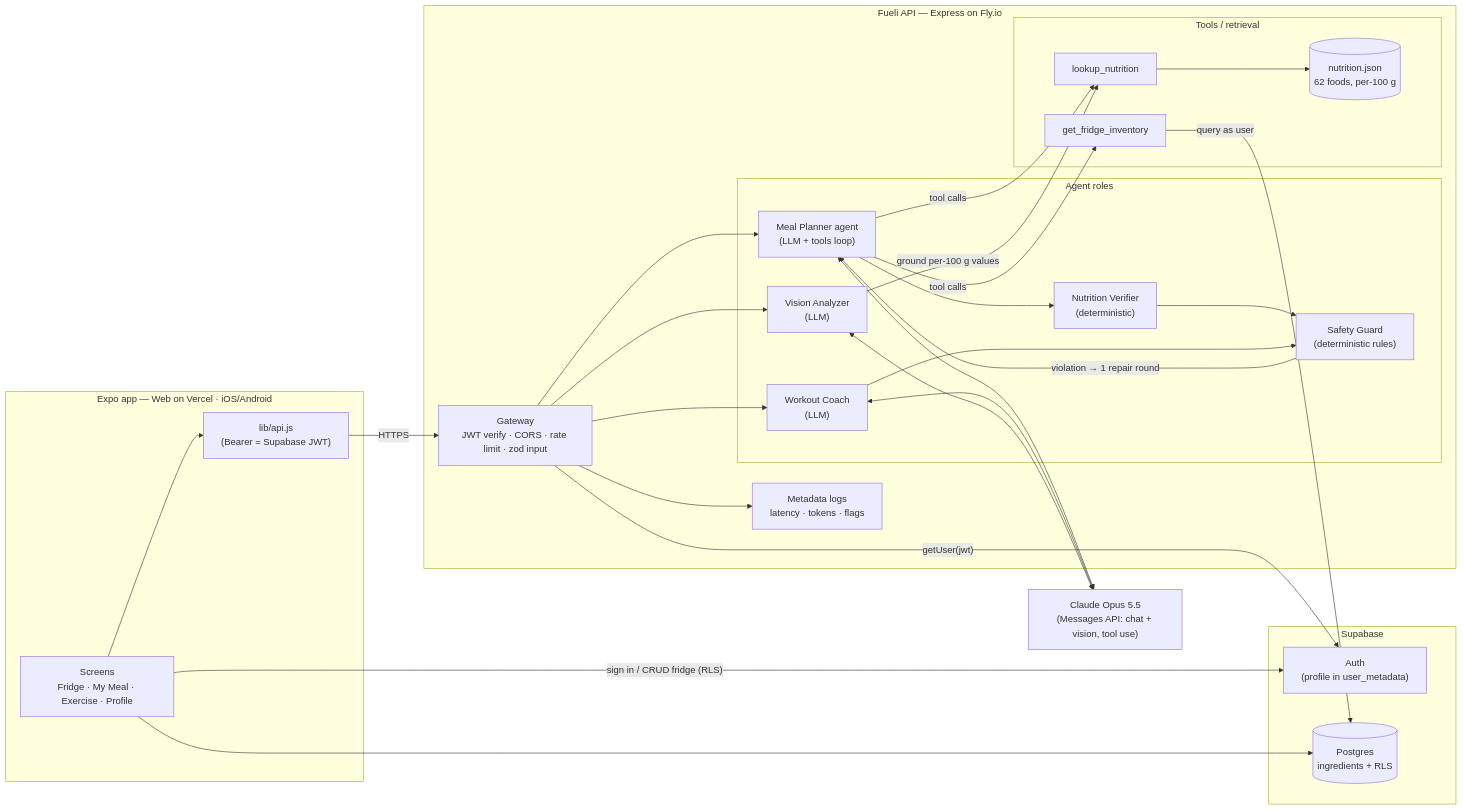
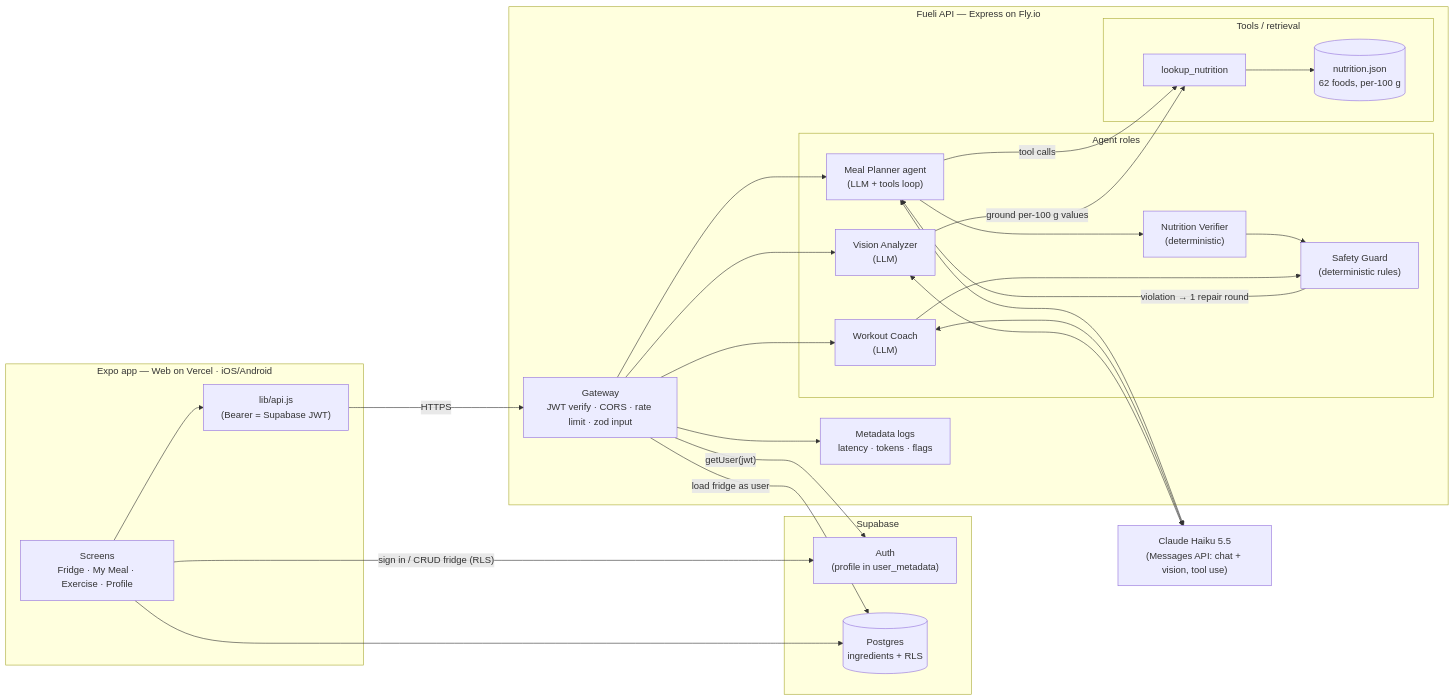
One commit to hymiawu/fueli changed the diagram in docs/architecture.md. Above: the diagram before and after it, drawn with Mermaid. The commit also changed other lines of this file and 6 other files, not shown here.

First line of the commit message:
Speed up AI suggestions: Haiku 5.5, low effort, fridge in prompt; English output

````diff
--- a/docs/architecture.md
+++ b/docs/architecture.md
@@ -3,47 +3,46 @@
 ```mermaid
 flowchart LR
   subgraph Client["Expo app — Web on Vercel · iOS/Android"]
     UI["Screens<br/>Fridge · My Meal · Exercise · Profile"]
     APIc["lib/api.js<br/>(Bearer = Supabase JWT)"]
     UI --> APIc
   end
 
   subgraph Supa["Supabase"]
     Auth["Auth<br/>(profile in user_metadata)"]
     DB[("Postgres<br/>ingredients + RLS")]
   end
 
   subgraph Fly["Fueli API — Express on Fly.io"]
     GW["Gateway<br/>JWT verify · CORS · rate limit · zod input"]
     subgraph Agents["Agent roles"]
       PL["Meal Planner agent<br/>(LLM + tools loop)"]
       NV["Nutrition Verifier<br/>(deterministic)"]
       SG["Safety Guard<br/>(deterministic rules)"]
       WC["Workout Coach<br/>(LLM)"]
       VI["Vision Analyzer<br/>(LLM)"]
     end
     subgraph Tools["Tools / retrieval"]
-      T1["get_fridge_inventory"]
       T2["lookup_nutrition"]
       KB[("nutrition.json<br/>62 foods, per-100 g")]
     end
     LOG["Metadata logs<br/>latency · tokens · flags"]
   end
 
-  LLM["Claude Opus 5.5<br/>(Messages API: chat + vision, tool use)"]
+  LLM["Claude Haiku 5.5<br/>(Messages API: chat + vision, tool use)"]
 
   UI -- "sign in / CRUD fridge (RLS)" --> Auth
   UI --> DB
   APIc -- HTTPS --> GW
   GW -- "getUser(jwt)" --> Auth
   GW --> PL & WC & VI
-  PL -- "tool calls" --> T1 & T2
-  T1 -- "query as user" --> DB
+  GW -- "load fridge as user" --> DB
+  PL -- "tool calls" --> T2
   T2 --> KB
   PL --> NV --> SG
   SG -- "violation → 1 repair round" --> PL
   WC --> SG
   VI -- "ground per-100 g values" --> T2
   PL & WC & VI <--> LLM
   GW --> LOG
 ```
````
